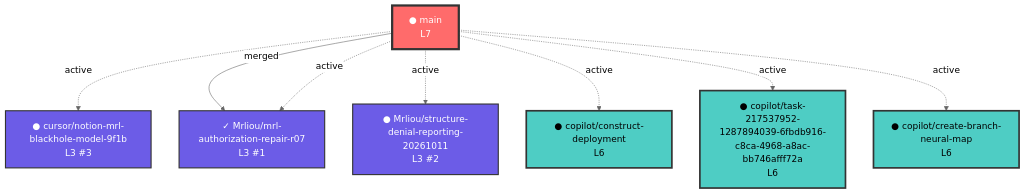
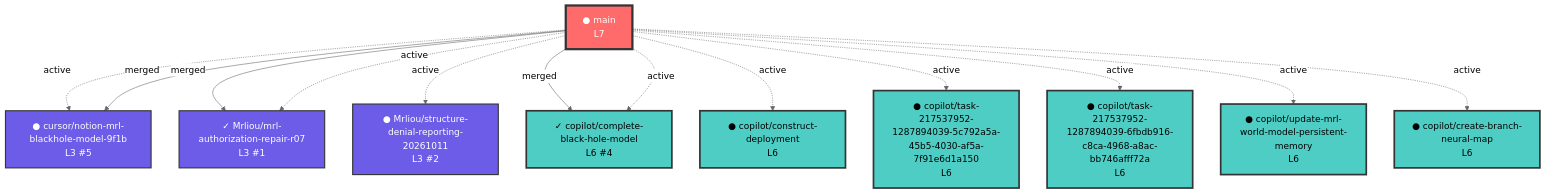
Before and after one commit to dofaromg/MRL_ASI_system: the diagram in neural-links/synaptic-graph.mermaid, drawn with Mermaid (neutral theme). The commit also changed 9 other files, not shown here.

First line of the commit message:
Cursor/notion mrl blackhole model 9f1b (#5)

````diff
--- a/neural-links/synaptic-graph.mermaid
+++ b/neural-links/synaptic-graph.mermaid
@@ -1,29 +1,37 @@
 ```mermaid
 graph TD
   %% 神經網絡分支圖譜 - origin_signature: MrLiouWord
 
   %% 節點定義
   main["● main<br/>L7"]:::trunk
-  cursor_notion_mrl_blackhole_model_9f1b["● cursor/notion-mrl-blackhole-model-9f1b<br/>L3 #3"]:::experimental
+  cursor_notion_mrl_blackhole_model_9f1b["● cursor/notion-mrl-blackhole-model-9f1b<br/>L3 #5"]:::experimental
   Mrliou_mrl_authorization_repair_r07["✓ Mrliou/mrl-authorization-repair-r07<br/>L3 #1"]:::experimental
   Mrliou_structure_denial_reporting_20261011["● Mrliou/structure-denial-reporting-20261011<br/>L3 #2"]:::experimental
+  copilot_complete_black_hole_model["✓ copilot/complete-black-hole-model<br/>L6 #4"]:::cognitive
   copilot_construct_deployment["● copilot/construct-deployment<br/>L6"]:::cognitive
+  copilot_task_217537952_1287894039_5c792a5a_45b5_4030_af5a_7f91e6d1a150["● copilot/task-217537952-1287894039-5c792a5a-45b5-4030-af5a-7f91e6d1a150<br/>L6"]:::cognitive
   copilot_task_217537952_1287894039_6fbdb916_c8ca_4968_a8ac_bb746afff72a["● copilot/task-217537952-1287894039-6fbdb916-c8ca-4968-a8ac-bb746afff72a<br/>L6"]:::cognitive
+  copilot_update_mrl_world_model_persistent_memory["● copilot/update-mrl-world-model-persistent-memory<br/>L6"]:::cognitive
   copilot_create_branch_neural_map["● copilot/create-branch-neural-map<br/>L6"]:::cognitive
 
   %% 連結定義
   main -.->|active| cursor_notion_mrl_blackhole_model_9f1b
   main -->|merged| Mrliou_mrl_authorization_repair_r07
   main -.->|active| Mrliou_structure_denial_reporting_20261011
+  main -->|merged| copilot_complete_black_hole_model
   main -.->|active| copilot_construct_deployment
+  main -.->|active| copilot_task_217537952_1287894039_5c792a5a_45b5_4030_af5a_7f91e6d1a150
   main -.->|active| copilot_task_217537952_1287894039_6fbdb916_c8ca_4968_a8ac_bb746afff72a
+  main -.->|active| copilot_update_mrl_world_model_persistent_memory
+  main -.->|active| copilot_complete_black_hole_model
+  main -->|merged| cursor_notion_mrl_blackhole_model_9f1b
   main -.->|active| Mrliou_mrl_authorization_repair_r07
   main -.->|active| copilot_create_branch_neural_map
 
   %% 樣式定義
   classDef trunk fill:#ff6b6b,stroke:#333,stroke-width:4px,color:#fff
   classDef cognitive fill:#4ecdc4,stroke:#333,stroke-width:3px,color:#000
   classDef feature fill:#95e1d3,stroke:#333,stroke-width:2px,color:#000
   classDef hotfix fill:#f9ca24,stroke:#333,stroke-width:2px,color:#000
   classDef experimental fill:#6c5ce7,stroke:#333,stroke-width:2px,color:#fff
 ```
````
